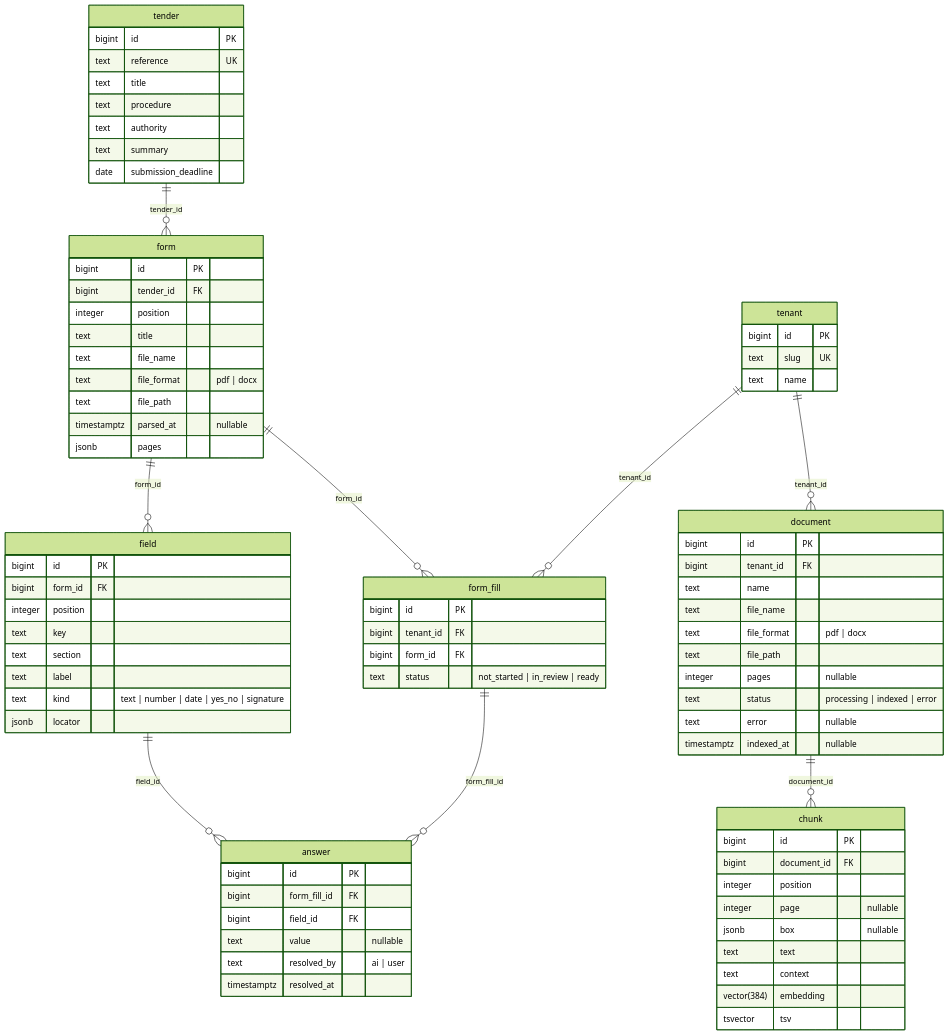
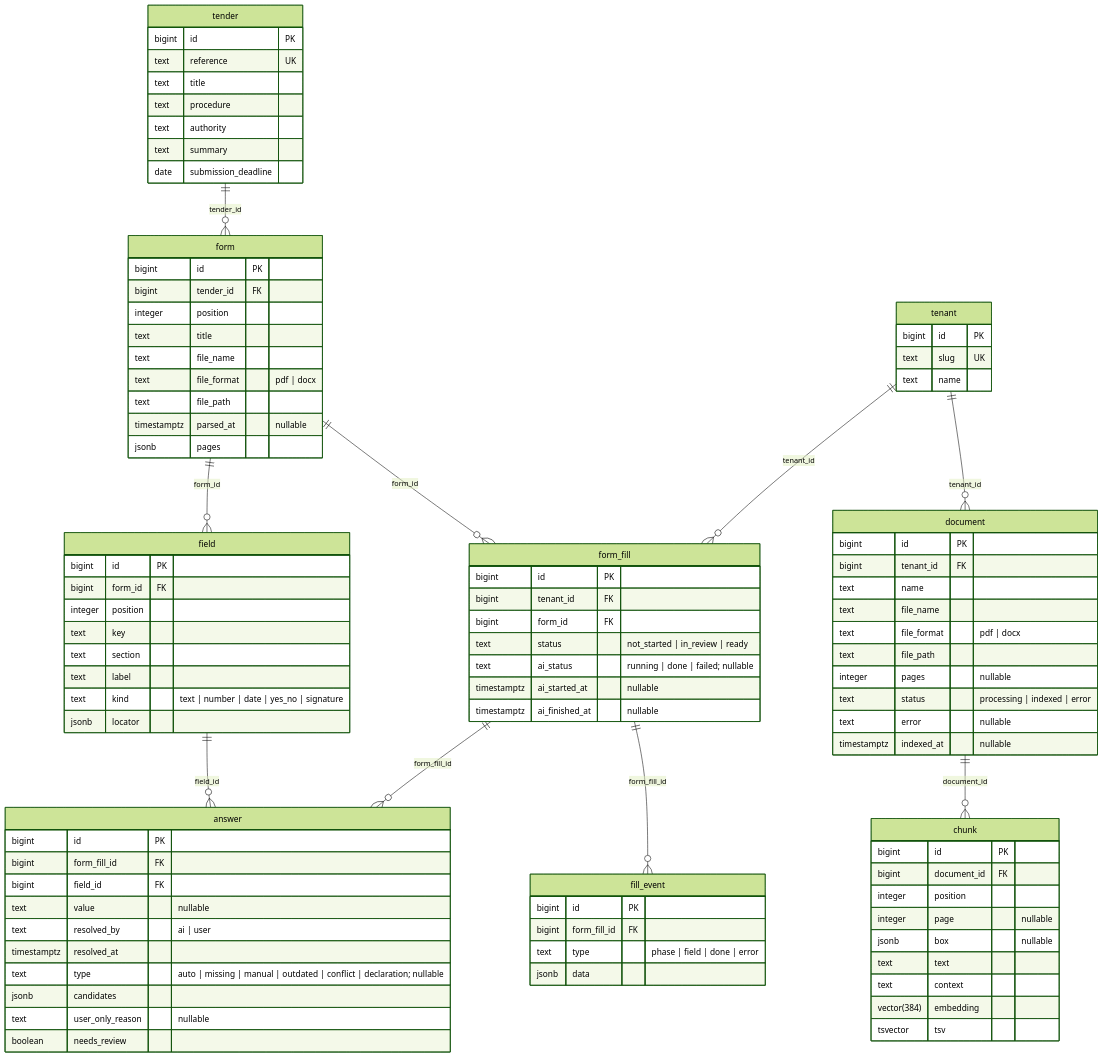
One commit to remilry/test-sealio changed the diagram in docs/DB_SCHEMA.md. Above: the diagram before and after it, drawn with Mermaid (forest theme). The commit also changed other lines of this file and 34 other files, not shown here.

```diff
--- a/docs/DB_SCHEMA.md
+++ b/docs/DB_SCHEMA.md
@@ -13,6 +13,7 @@
     document ||--o{ chunk : document_id
     tenant ||--o{ document : tenant_id
     form ||--o{ field : form_id
+    form_fill ||--o{ fill_event : form_fill_id
     tender ||--o{ form : tender_id
     form ||--o{ form_fill : form_id
     tenant ||--o{ form_fill : tenant_id
@@ -23,6 +24,10 @@
         text value "nullable"
         text resolved_by "ai | user"
         timestamptz resolved_at
+        text type "auto | missing | manual | outdated | conflict | declaration; nullable"
+        jsonb candidates
+        text user_only_reason "nullable"
+        boolean needs_review
     }
     chunk {
         bigint id PK
@@ -57,6 +62,12 @@
         text kind "text | number | date | yes_no | signature"
         jsonb locator
     }
+    fill_event {
+        bigint id PK
+        bigint form_fill_id FK
+        text type "phase | field | done | error"
+        jsonb data
+    }
     form {
         bigint id PK
         bigint tender_id FK
@@ -73,6 +84,9 @@
         bigint tenant_id FK
         bigint form_id FK
         text status "not_started | in_review | ready"
+        text ai_status "running | done | failed; nullable"
+        timestamptz ai_started_at "nullable"
+        timestamptz ai_finished_at "nullable"
     }
     tenant {
         bigint id PK
```
